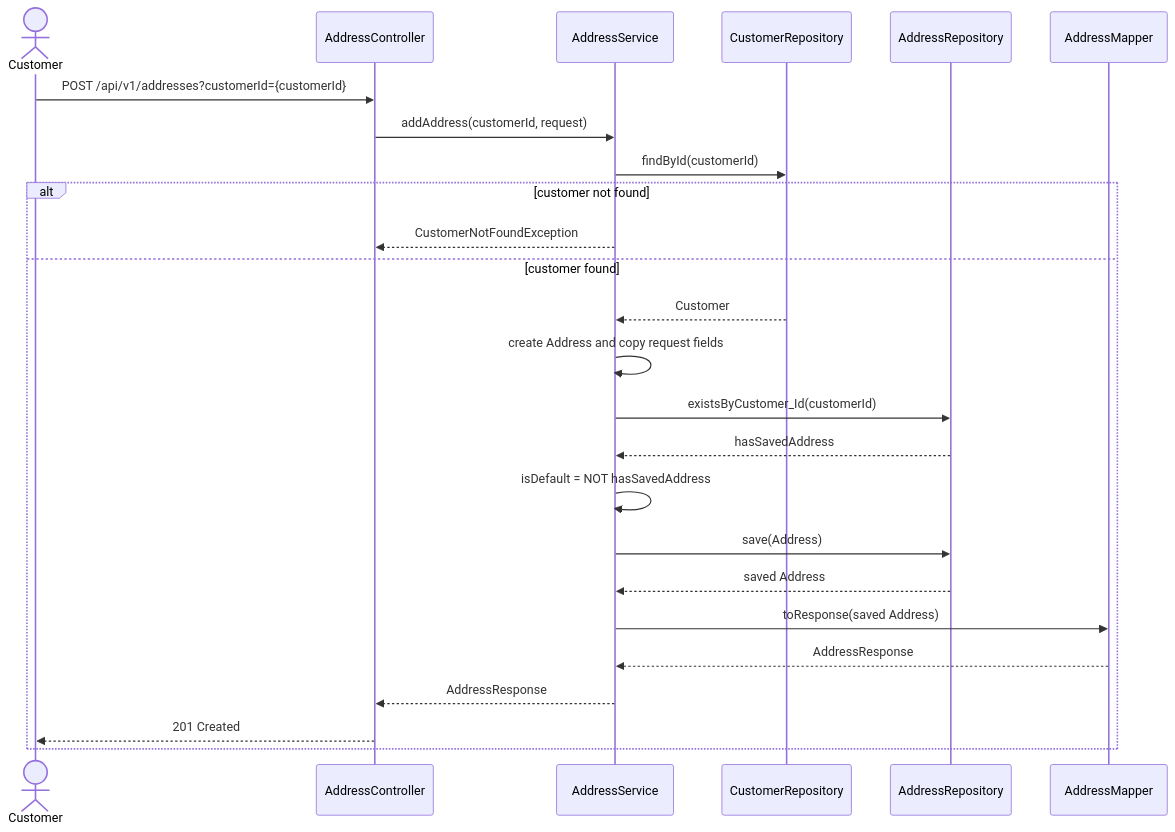
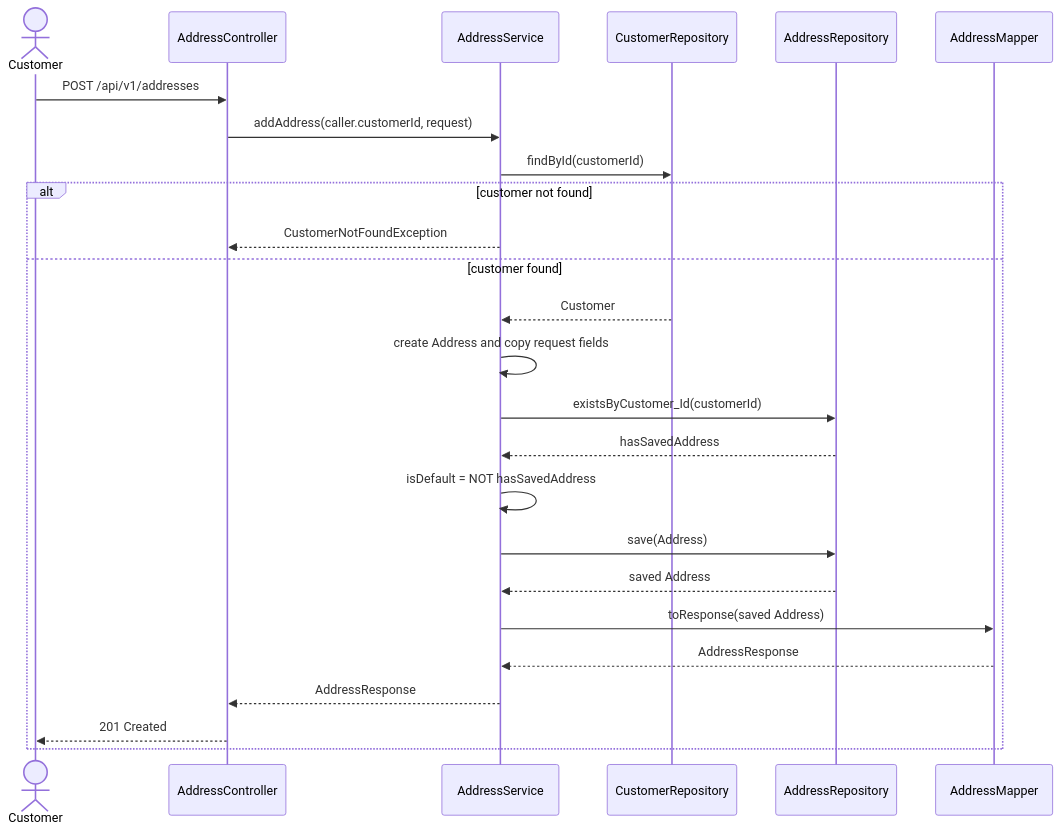
One commit to msmohammed0077-cmd/mentorship-restaurant changed the first of 5 diagrams in restaurant/.docs/use-cases/customer-management/address-management/sequence-diagrams.md. Above: the diagram before and after it, drawn with Mermaid. The commit also changed other lines of this file and 25 other files, not shown here.

````diff
--- a/restaurant/.docs/use-cases/customer-management/address-management/sequence-diagrams.md
+++ b/restaurant/.docs/use-cases/customer-management/address-management/sequence-diagrams.md
@@ -7,28 +11,28 @@
 ```mermaid
 sequenceDiagram
     actor Customer
     participant C as AddressController
     participant H as AddressService
     participant Customers as CustomerRepository
     participant Addresses as AddressRepository
     participant M as AddressMapper
 
-    Customer->>C: POST /api/v1/addresses?customerId={customerId}
-    C->>H: addAddress(customerId, request)
+    Customer->>C: POST /api/v1/addresses
+    C->>H: addAddress(caller.customerId, request)
     H->>Customers: findById(customerId)
     alt customer not found
         H-->>C: CustomerNotFoundException
     else customer found
         Customers-->>H: Customer
         H->>H: create Address and copy request fields
         H->>Addresses: existsByCustomer_Id(customerId)
         Addresses-->>H: hasSavedAddress
         H->>H: isDefault = NOT hasSavedAddress
         H->>Addresses: save(Address)
         Addresses-->>H: saved Address
         H->>M: toResponse(saved Address)
         M-->>H: AddressResponse
         H-->>C: AddressResponse
         C-->>Customer: 201 Created
     end
 ```
````
